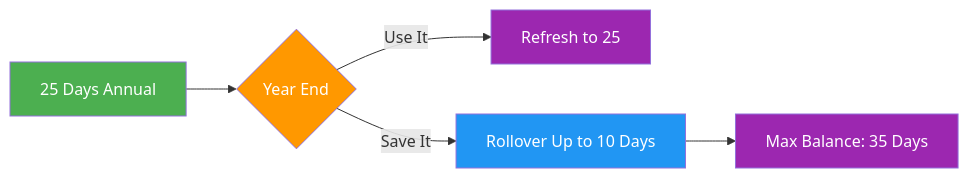
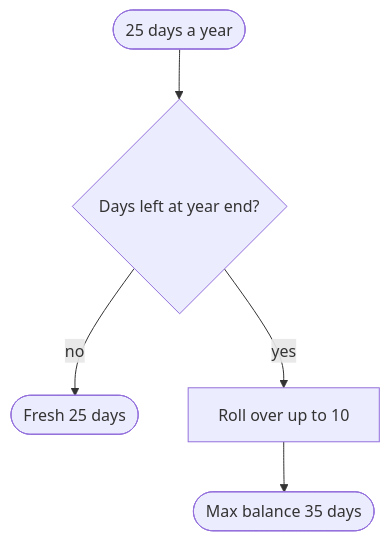
Before and after one commit to ultralytics/handbook: the first of 2 diagrams in docs/en/people/pto-policy.md, drawn with Mermaid. The commit also changed other lines of this file and 16 other files, not shown here.

Commit message:
Migrate handbook Mermaid diagrams to the unified design system (#363)

````diff
--- a/docs/en/people/pto-policy.md
+++ b/docs/en/people/pto-policy.md
@@ -59,12 +59,7 @@
 ```mermaid
-graph LR
-    A[25 Days Annual]:::start --> B{Year End}:::decide
-    B -->|Use It| C[Refresh to 25]:::out
-    B -->|Save It| D[Rollover Up to 10 Days]:::proc
-    D --> E[Max Balance: 35 Days]:::out
-
-    classDef start fill:#4CAF50,color:#fff
-    classDef proc fill:#2196F3,color:#fff
-    classDef decide fill:#FF9800,color:#fff
-    classDef out fill:#9C27B0,color:#fff
+flowchart TD
+    A([25 days a year]) --> B{Days left at year end?}
+    B -->|no| C([Fresh 25 days])
+    B -->|yes| D[Roll over up to 10]
+    D --> E([Max balance 35 days])
 ```
````
